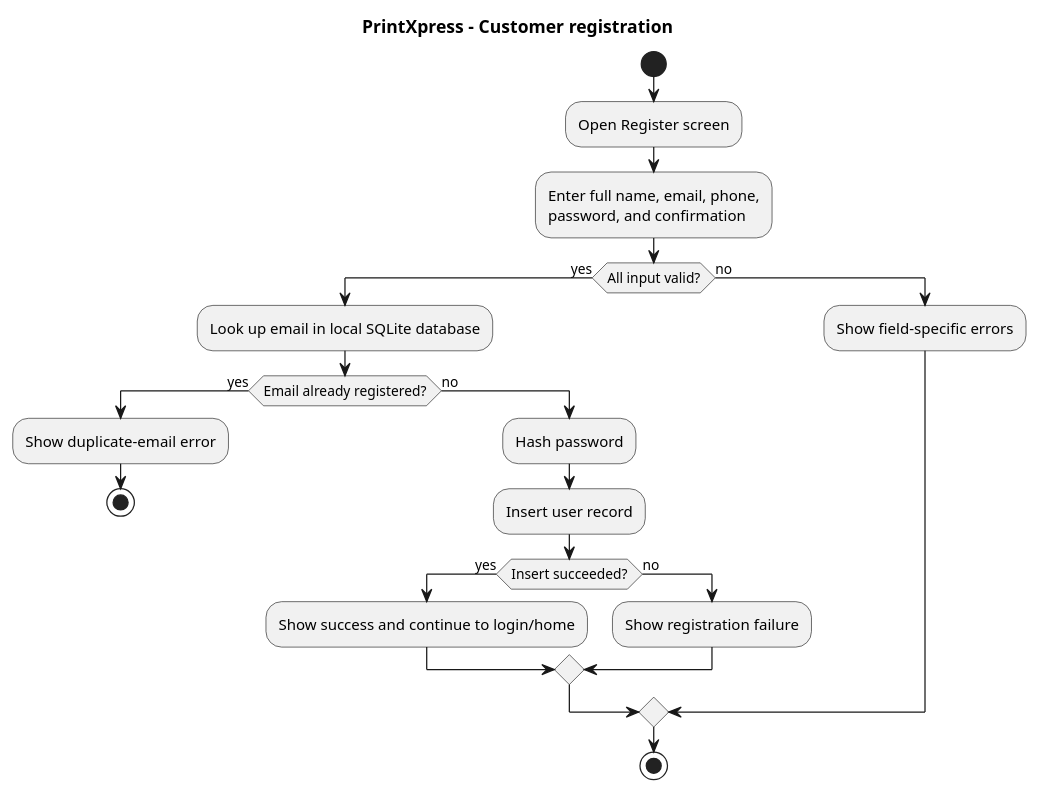
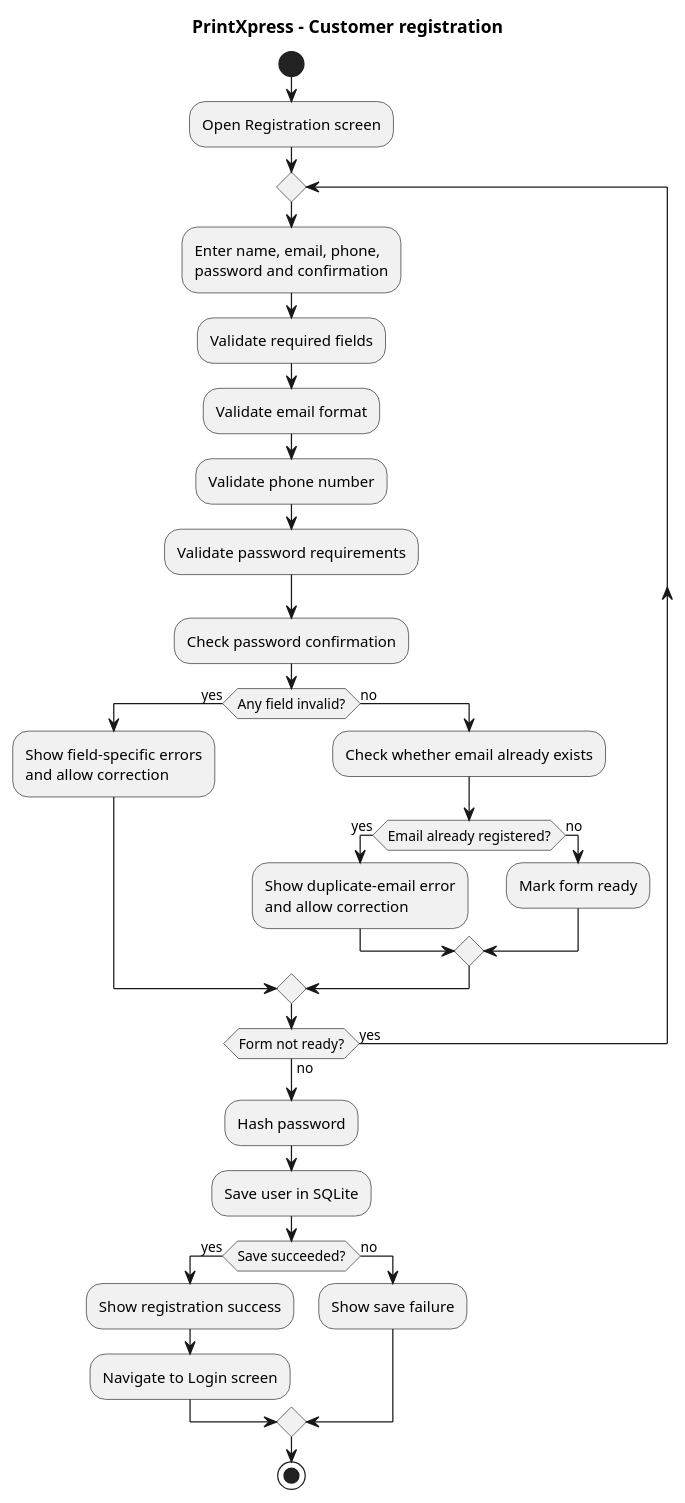
Before and after one commit to rvabi/PrintXpress-Mobile-App: the diagram in docs/diagrams/registration-activity.puml, drawn with PlantUML. The commit also changed 18 other files, not shown here.

```diff
--- a/docs/diagrams/registration-activity.puml
+++ b/docs/diagrams/registration-activity.puml
@@ -1,25 +1,34 @@
 @startuml
 title PrintXpress - Customer registration
 
 start
-:Open Register screen;
-:Enter full name, email, phone,\npassword, and confirmation;
-if (All input valid?) then (yes)
-  :Look up email in local SQLite database;
-  if (Email already registered?) then (yes)
-    :Show duplicate-email error;
-    stop
+:Open Registration screen;
+repeat
+  :Enter name, email, phone,\npassword and confirmation;
+  :Validate required fields;
+  :Validate email format;
+  :Validate phone number;
+  :Validate password requirements;
+  :Check password confirmation;
+  if (Any field invalid?) then (yes)
+    :Show field-specific errors\nand allow correction;
   else (no)
-    :Hash password;
-    :Insert user record;
-    if (Insert succeeded?) then (yes)
-      :Show success and continue to login/home;
+    :Check whether email already exists;
+    if (Email already registered?) then (yes)
+      :Show duplicate-email error\nand allow correction;
     else (no)
-      :Show registration failure;
+      :Mark form ready;
     endif
   endif
+repeat while (Form not ready?) is (yes) not (no)
+
+:Hash password;
+:Save user in SQLite;
+if (Save succeeded?) then (yes)
+  :Show registration success;
+  :Navigate to Login screen;
 else (no)
-  :Show field-specific errors;
+  :Show save failure;
 endif
 stop
 @enduml
```
